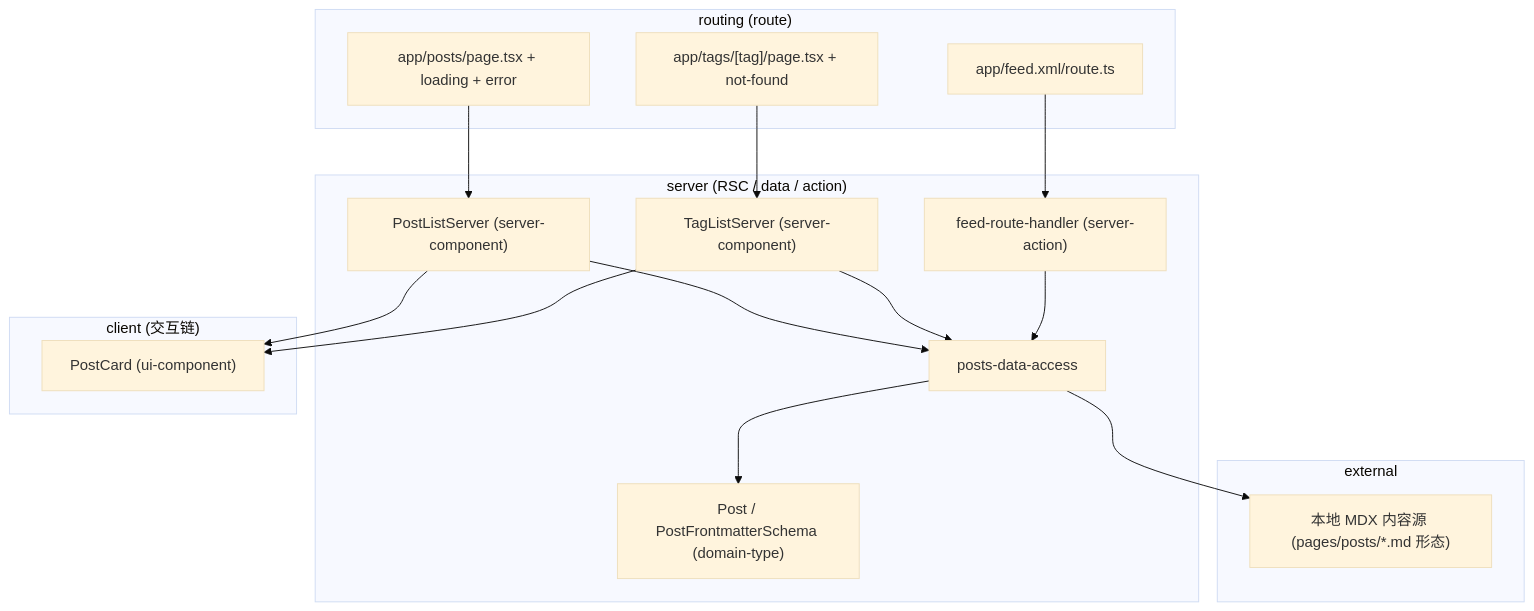
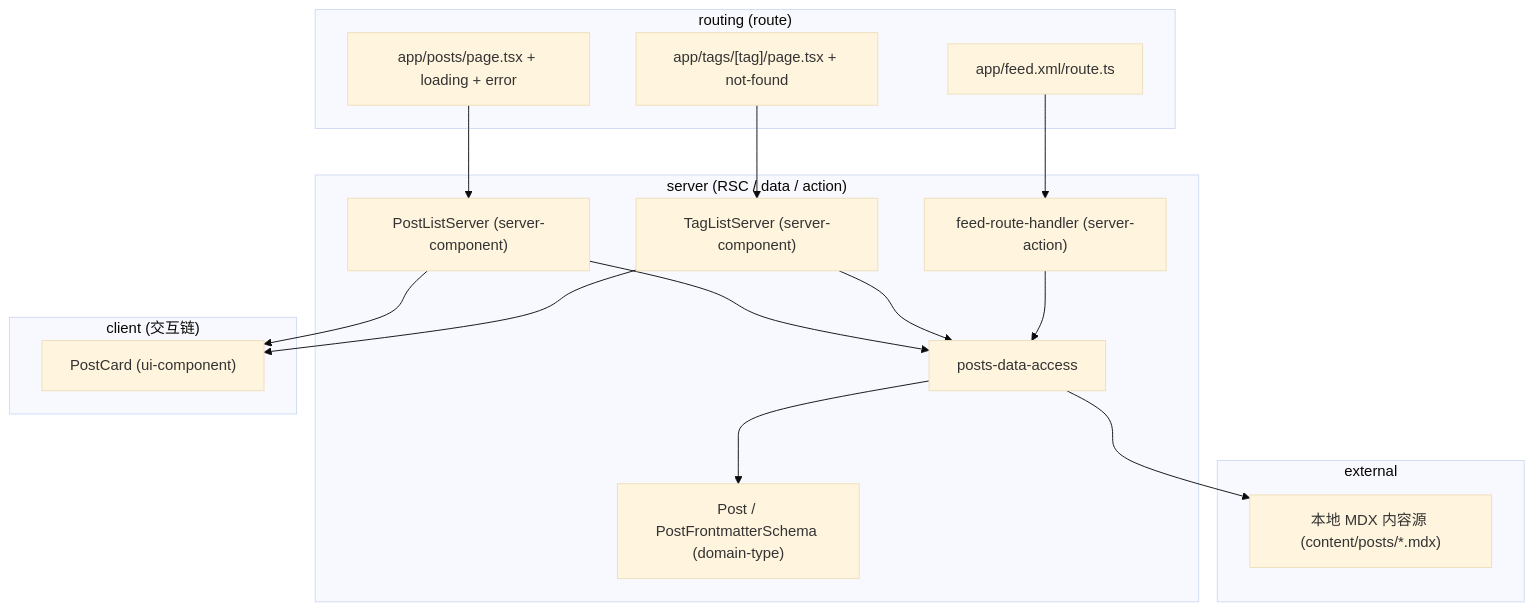
One commit to devSC/Trellis changed the first of 3 diagrams in guru-template/overlay/agents-skills/h5-design-overview-writing/references/examples/design-main-minimal.md. Above: the diagram before and after it, drawn with Mermaid (base theme). The commit also changed other lines of this file and 42 other files, not shown here.

````diff
--- a/guru-template/overlay/agents-skills/h5-design-overview-writing/references/examples/design-main-minimal.md
+++ b/guru-template/overlay/agents-skills/h5-design-overview-writing/references/examples/design-main-minimal.md
@@ -73,32 +73,32 @@
 ```mermaid
 graph TD
     subgraph routing["routing (route)"]
         RP["app/posts/page.tsx + loading + error"]
         RT["app/tags/[tag]/page.tsx + not-found"]
         RF["app/feed.xml/route.ts"]
     end
     subgraph server["server (RSC / data / action)"]
         LS["PostListServer (server-component)"]
         TS["TagListServer (server-component)"]
         DA["posts-data-access"]
         DT["Post / PostFrontmatterSchema (domain-type)"]
         FH["feed-route-handler (server-action)"]
     end
     subgraph client["client (交互链)"]
         UI["PostCard (ui-component)"]
     end
     subgraph external["external"]
-        MDX["本地 MDX 内容源 (pages/posts/*.md 形态)"]
+        MDX["本地 MDX 内容源 (content/posts/*.mdx)"]
     end
 
     RP --> LS
     RT --> TS
     RF --> FH
     LS --> DA
     TS --> DA
     FH --> DA
     DA --> DT
     DA --> MDX
     LS --> UI
     TS --> UI
 ```
````
